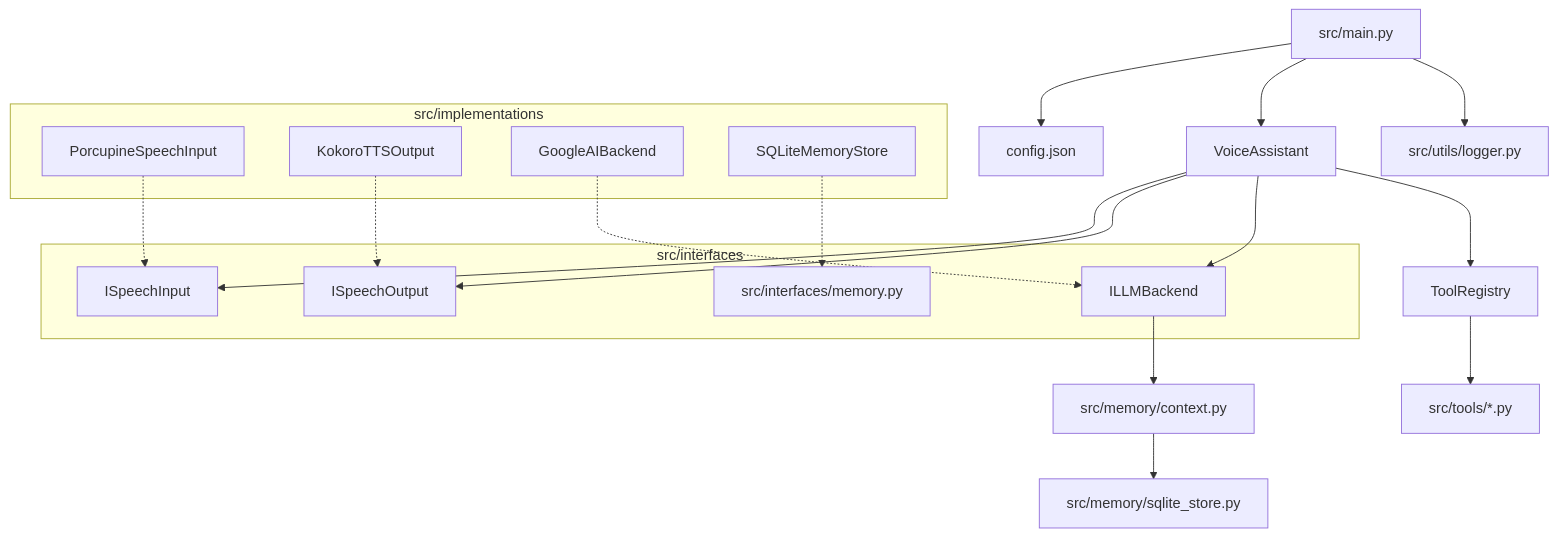
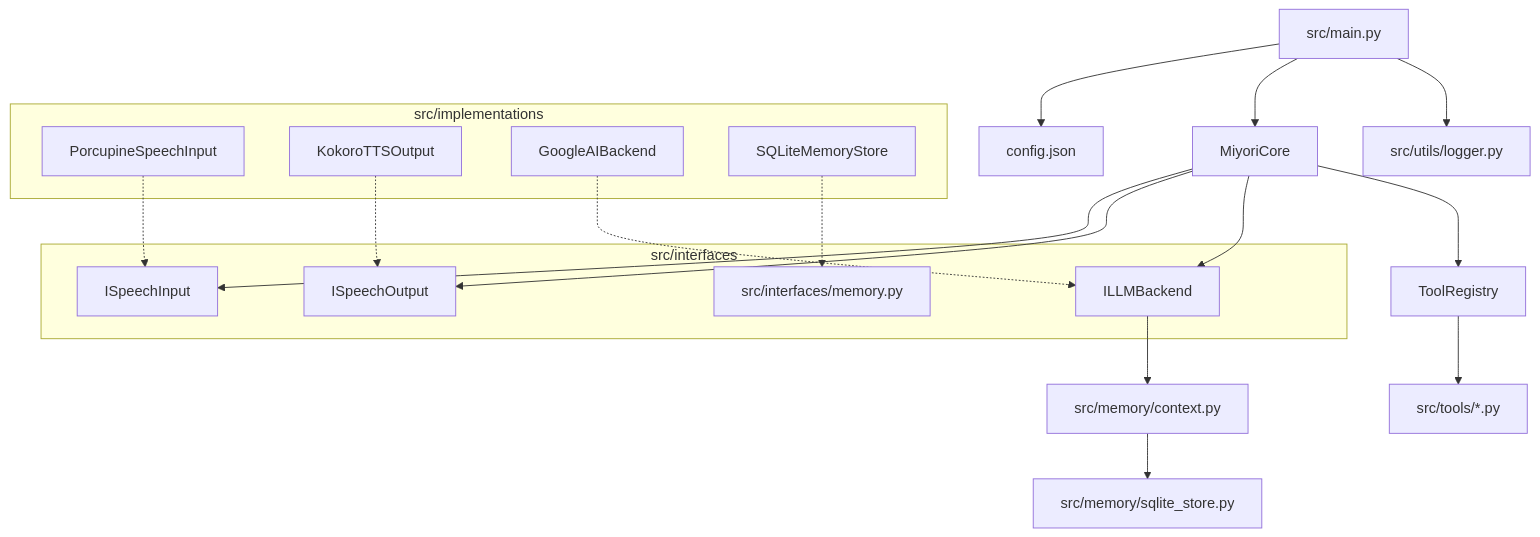
Before and after one commit to hitbutton/Miyori: the diagram in ARCHITECTURE.md, drawn with Mermaid. The commit also changed other lines of this file and 13 other files, not shown here.

Commit message:
Voice Assistant --> MVRA

````diff
--- a/ARCHITECTURE.md
+++ b/ARCHITECTURE.md
@@ -10,30 +10,30 @@
 ```mermaid 
 graph TD
     Main[src/main.py] --> Config[config.json]
-    Main --> Assistant[VoiceAssistant]
+    Main --> Miyori[MiyoriCore]
     Main --> Logger[src/utils/logger.py]
     
-    Assistant --> Inputs[ISpeechInput]
-    Assistant --> Outputs[ISpeechOutput]
-    Assistant --> Brain[ILLMBackend]
-    Assistant --> ToolRegistry[ToolRegistry]
+    Miyori --> Inputs[ISpeechInput]
+    Miyori --> Outputs[ISpeechOutput]
+    Miyori --> Brain[ILLMBackend]
+    Miyori --> ToolRegistry[ToolRegistry]
     
     Brain --> Memory[src/memory/context.py]
     Memory --> Store[src/memory/sqlite_store.py]
     
     ToolRegistry --> Tools[src/tools/*.py]
     
     subgraph Interfaces [src/interfaces]
         Inputs
         Outputs
         Brain
         IMemory[src/interfaces/memory.py]
     end
     
     subgraph Implementations [src/implementations]
         Porcupine[PorcupineSpeechInput] -.-> Inputs
         Kokoro[KokoroTTSOutput] -.-> Outputs
         GoogleAI[GoogleAIBackend] -.-> Brain
         SQLiteStore[SQLiteMemoryStore] -.-> IMemory
     end
 ```
````
